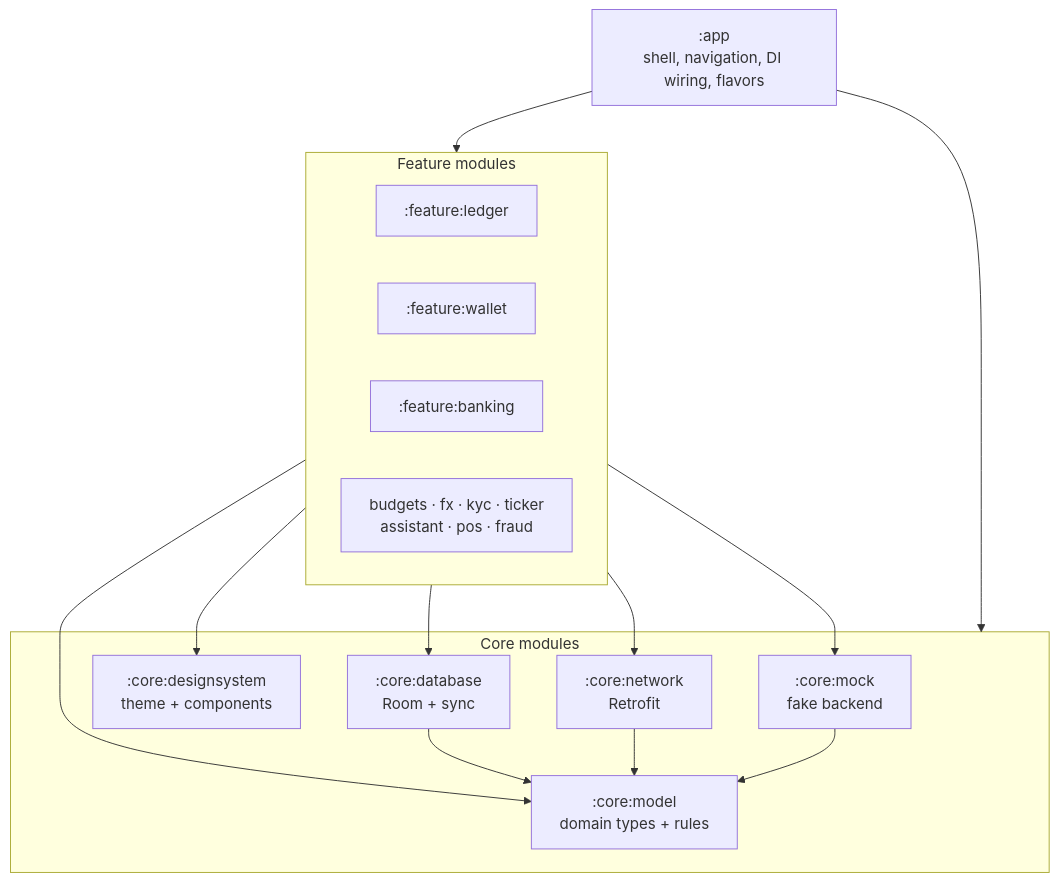
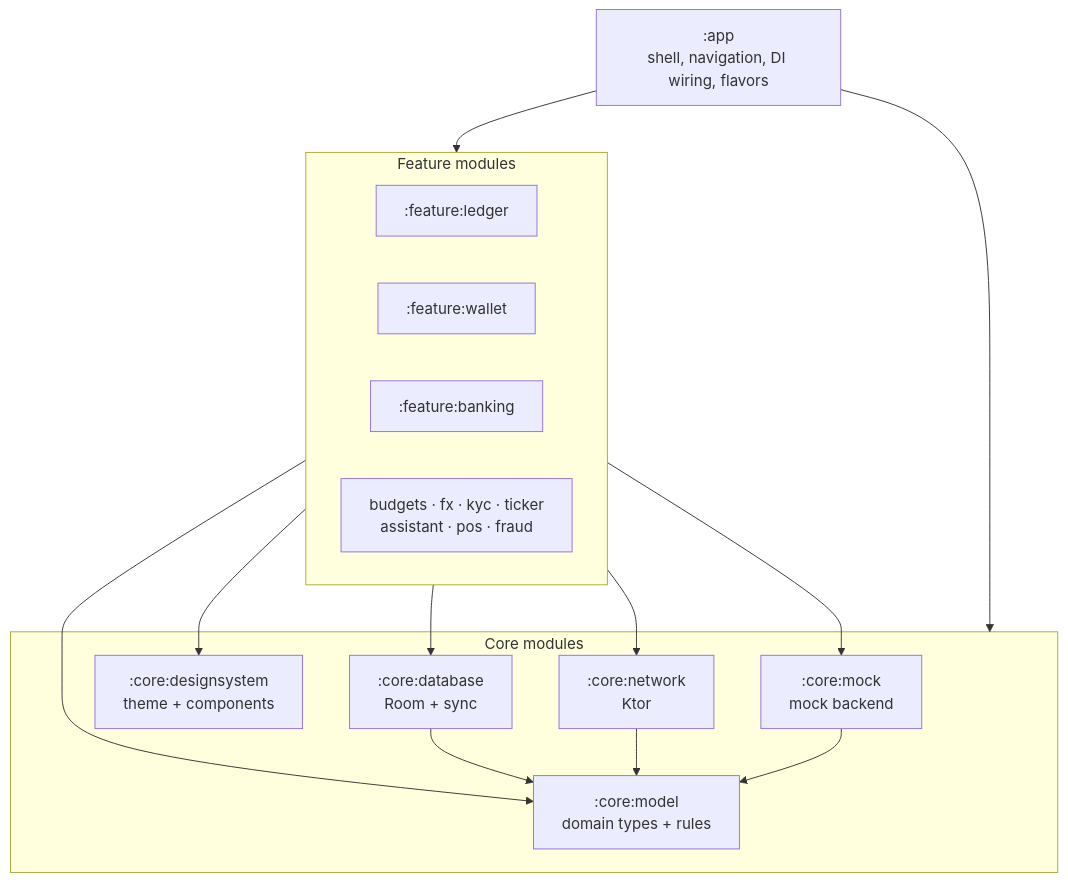
The first of 2 diagrams in docs/ARCHITECTURE.md (sourabhrustagi/Personal-ledger-android), drawn with Mermaid before and after one commit. The commit also changed other lines of this file and 88 other files, not shown here.

First line of the commit message:
Replace Retrofit with Ktor and load categories and force-update from the static API.

````diff
--- a/docs/ARCHITECTURE.md
+++ b/docs/ARCHITECTURE.md
@@ -9,27 +9,27 @@
 ```mermaid
 flowchart TD
     app[":app<br/>shell, navigation, DI wiring, flavors"]
     subgraph features [Feature modules]
         ledger[":feature:ledger"]
         wallet[":feature:wallet"]
         banking[":feature:banking"]
         others["budgets · fx · kyc · ticker<br/>assistant · pos · fraud"]
     end
     subgraph core [Core modules]
         model[":core:model<br/>domain types + rules"]
         db[":core:database<br/>Room + sync"]
-        net[":core:network<br/>Retrofit"]
+        net[":core:network<br/>Ktor"]
         ds[":core:designsystem<br/>theme + components"]
-        mock[":core:mock<br/>fake backend"]
+        mock[":core:mock<br/>mock backend"]
     end
     app --> features
     app --> core
     features --> model
     features --> ds
     features --> db
     features --> net
     features --> mock
     db --> model
     net --> model
     mock --> model
 ```
````
